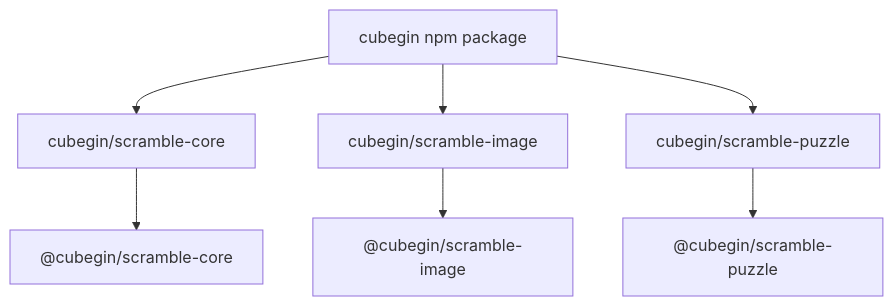
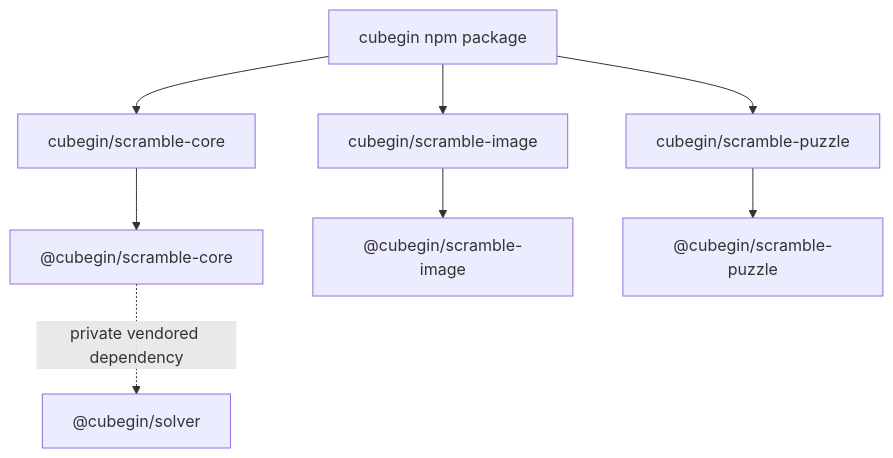
The diagram in docs/packages/core/index.md (deweyou/cube-kit), drawn with Mermaid before and after one commit. The commit also changed other lines of this file and 4 other files, not shown here.

Commit message:
Bundle solver as private core dependency

````diff
--- a/docs/packages/core/index.md
+++ b/docs/packages/core/index.md
@@ -3,9 +3,10 @@
 ```mermaid
 flowchart TD
     Core["cubegin npm package"] --> ScrambleCore["cubegin/scramble-core"]
     Core --> ScrambleImage["cubegin/scramble-image"]
     Core --> ScramblePuzzle["cubegin/scramble-puzzle"]
     ScrambleCore --> CorePkg["@cubegin/scramble-core"]
     ScrambleImage --> ImagePkg["@cubegin/scramble-image"]
     ScramblePuzzle --> PuzzlePkg["@cubegin/scramble-puzzle"]
+    CorePkg -. private vendored dependency .-> SolverPkg["@cubegin/solver"]
 ```
````
